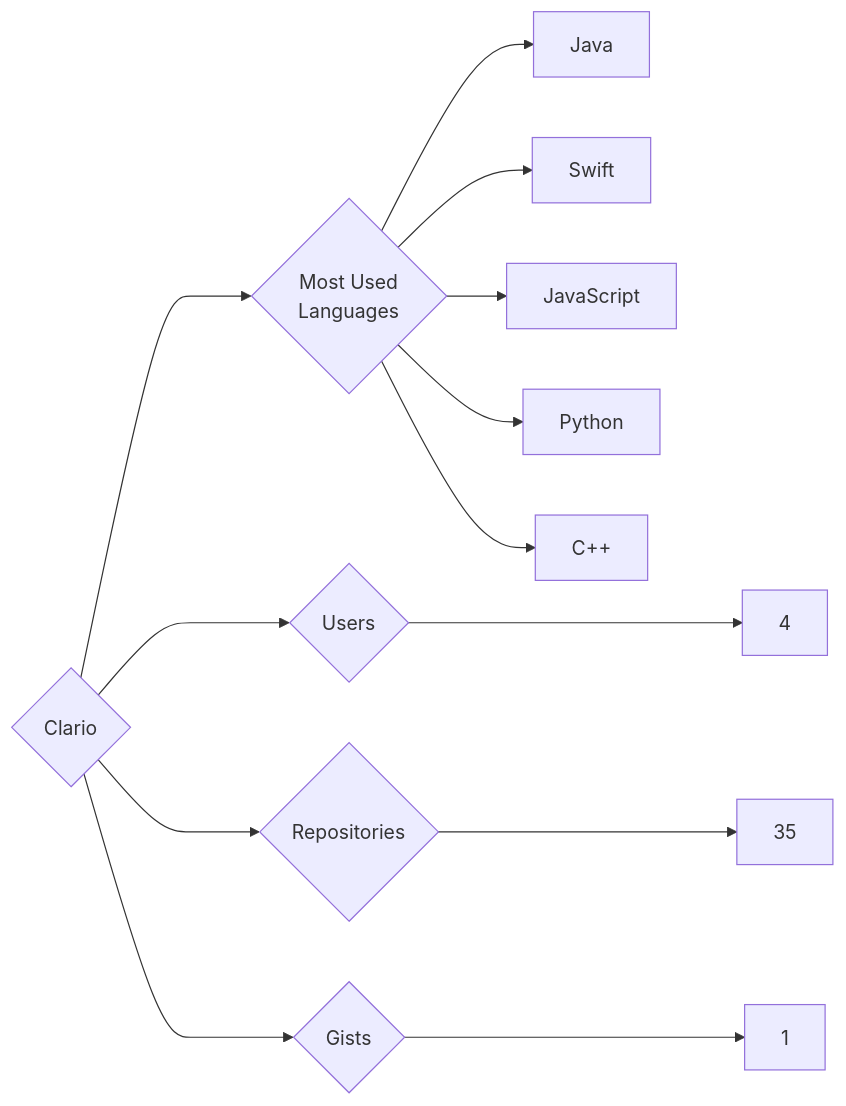
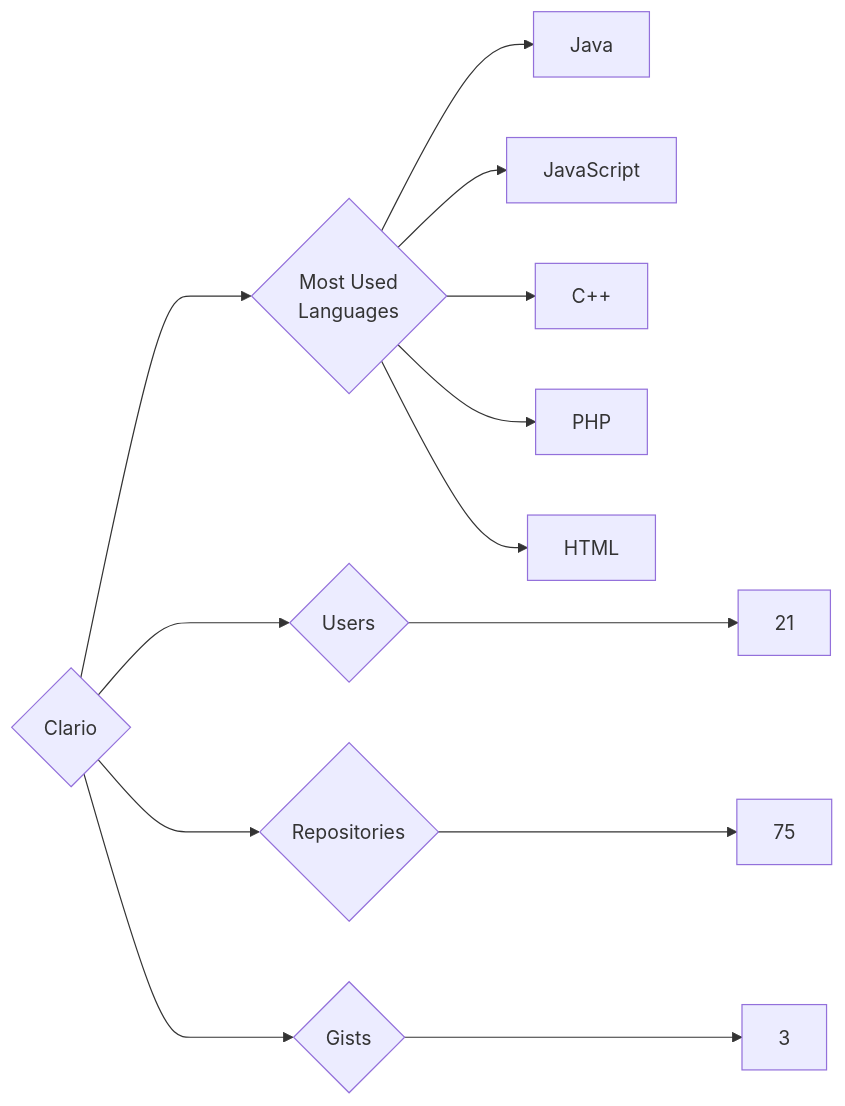
One commit to trickest/insiders changed the diagram in targets/Clario/README.md. Above: the diagram before and after it, drawn with Mermaid. The commit also changed 873 other files, not shown here.

````diff
--- a/targets/Clario/README.md
+++ b/targets/Clario/README.md
@@ -3,13 +3,13 @@
 ```mermaid
 graph LR
 COMPANY_NAME{Clario}
-COMPANY_NAME ---> U{Users} ---> UN[4]
-COMPANY_NAME ---> R{Repositories} ---> RN[35]
-COMPANY_NAME ---> G{Gists} ---> GN[1]
+COMPANY_NAME ---> U{Users} ---> UN[21]
+COMPANY_NAME ---> R{Repositories} ---> RN[75]
+COMPANY_NAME ---> G{Gists} ---> GN[3]
 COMPANY_NAME ---> ML{Most Used<br>Languages}
 ML --> Java[Java]
-ML --> Swift[Swift]
 ML --> JavaScript[JavaScript]
-ML --> Python[Python]
 ML --> C++[C++]
+ML --> PHP[PHP]
+ML --> HTML[HTML]
 ```
````
